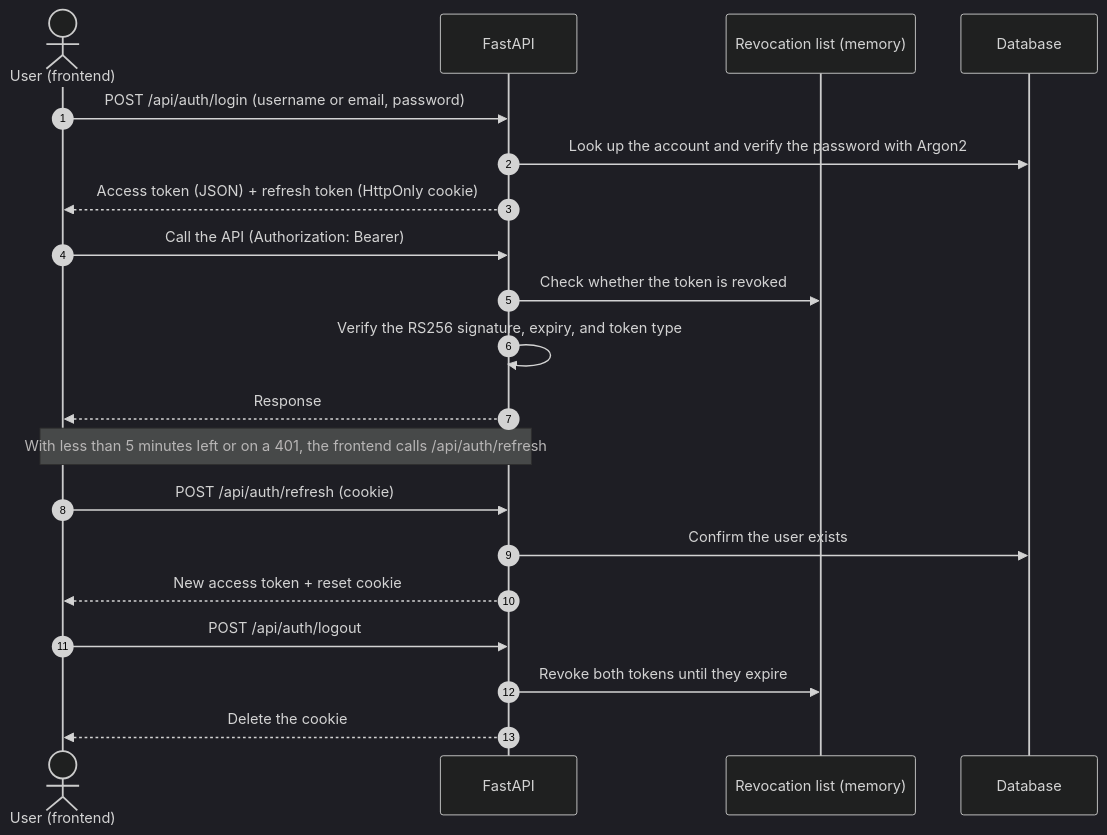
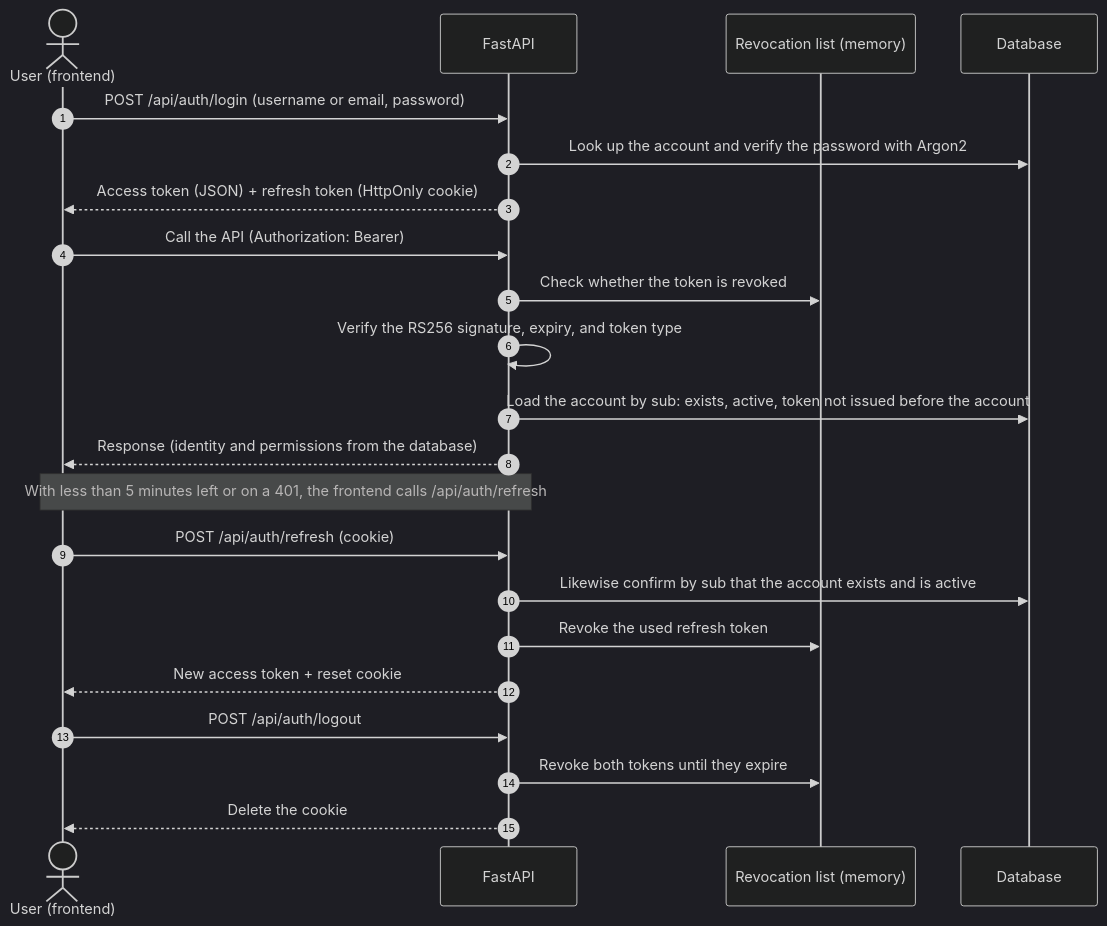
The eighth of 9 diagrams in docs/architecture_en.md (Scorpio-meow/AskMiao), drawn with Mermaid (dark theme) before and after one commit. The commit also changed other lines of this file and 84 other files, not shown here.

````diff
--- a/docs/architecture_en.md
+++ b/docs/architecture_en.md
@@ -451,23 +484,25 @@
 ```mermaid
 sequenceDiagram
     autonumber
     actor User as User (frontend)
     participant API as FastAPI
     participant BL as Revocation list (memory)
     participant DB as Database
 
     User->>API: POST /api/auth/login (username or email, password)
     API->>DB: Look up the account and verify the password with Argon2
     API-->>User: Access token (JSON) + refresh token (HttpOnly cookie)
     User->>API: Call the API (Authorization: Bearer)
     API->>BL: Check whether the token is revoked
     API->>API: Verify the RS256 signature, expiry, and token type
-    API-->>User: Response
+    API->>DB: Load the account by sub: exists, active, token not issued before the account
+    API-->>User: Response (identity and permissions from the database)
     Note over User,API: With less than 5 minutes left or on a 401, the frontend calls /api/auth/refresh
     User->>API: POST /api/auth/refresh (cookie)
-    API->>DB: Confirm the user exists
+    API->>DB: Likewise confirm by sub that the account exists and is active
+    API->>BL: Revoke the used refresh token
     API-->>User: New access token + reset cookie
     User->>API: POST /api/auth/logout
     API->>BL: Revoke both tokens until they expire
     API-->>User: Delete the cookie
 ```
````
